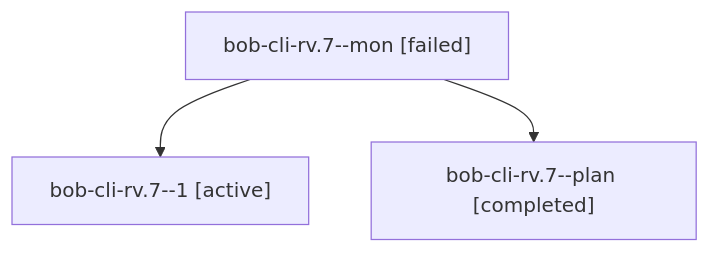
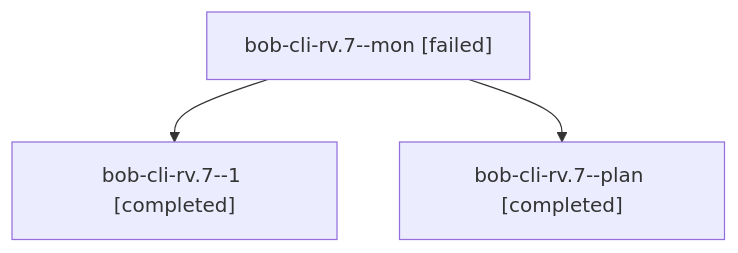
One commit to bobs-org/bob-cli--agents changed the diagram in sessions/bbugyi200.athena.bob-cli-rv.7.md. Above: the diagram before and after it, drawn with Mermaid. The commit also changed other lines of this file and 46 other files, not shown here.

````diff
--- a/sessions/bbugyi200.athena.bob-cli-rv.7.md
+++ b/sessions/bbugyi200.athena.bob-cli-rv.7.md
@@ -9,8 +9,8 @@
 ```mermaid
 flowchart TD
   n0["bob-cli-rv.7--mon [failed]"]
-  n1["bob-cli-rv.7--1 [active]"]
+  n1["bob-cli-rv.7--1 [completed]"]
   n0 --> n1
   n2["bob-cli-rv.7--plan [completed]"]
   n0 --> n2
 ```
````
